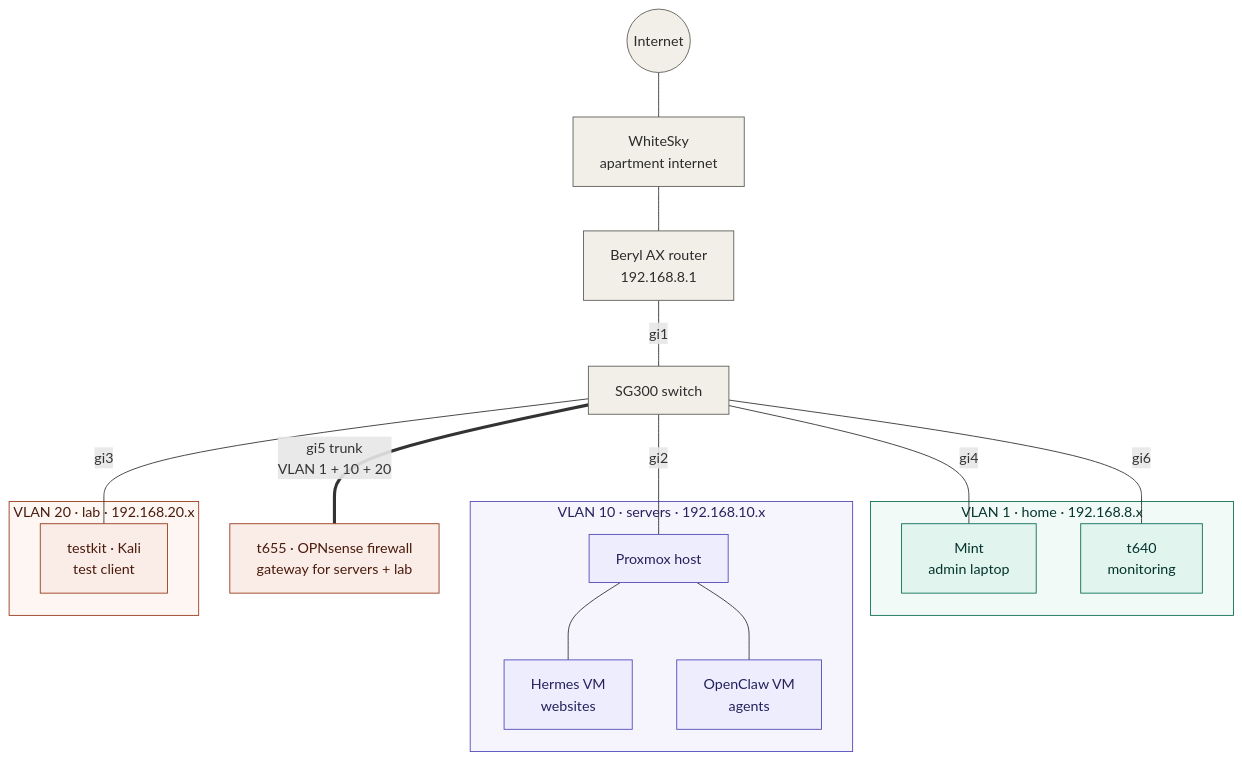
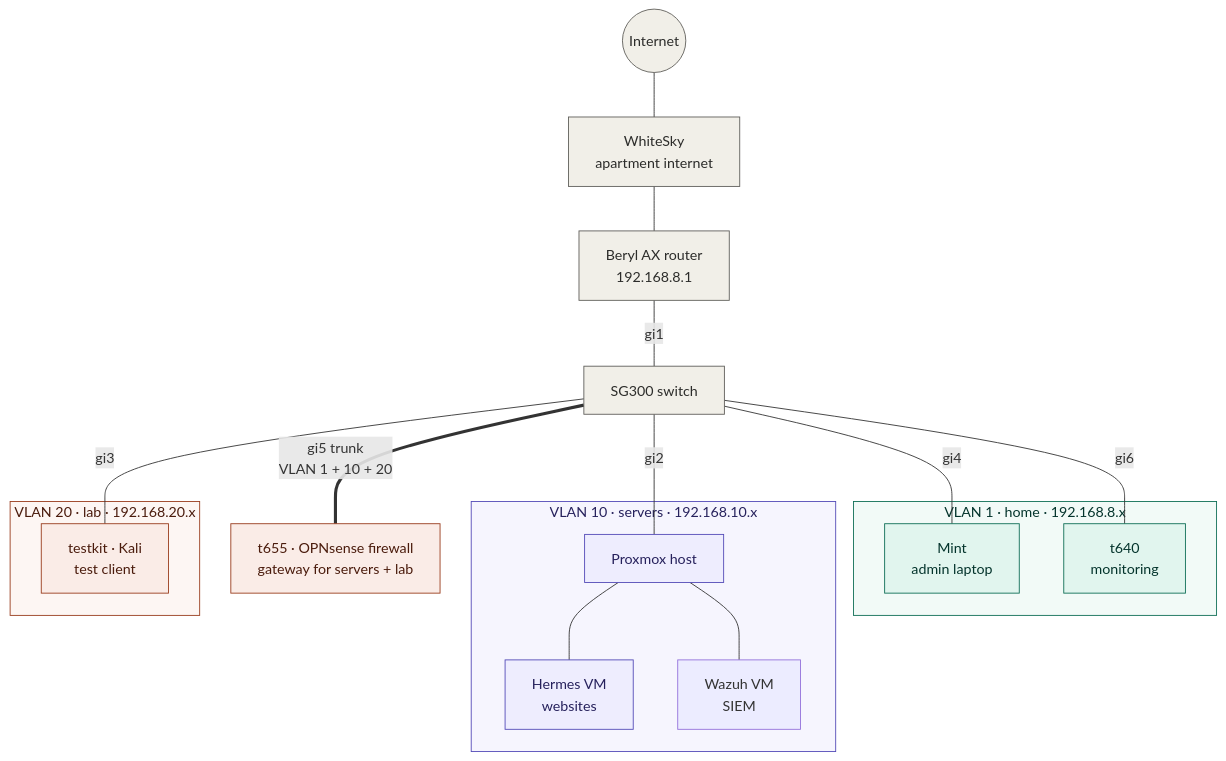
Before and after one commit to gibbsthedev/homelab: the first of 4 diagrams in README.md, drawn with Mermaid. The commit also changed other lines of this file, not shown here.

````diff
--- a/README.md
+++ b/README.md
@@ -28,46 +28,46 @@
 ```mermaid
 flowchart TB
     internet(("Internet"))
     isp["WhiteSky<br/>apartment internet"]
     beryl["Beryl AX router<br/>192.168.8.1"]
     sw["SG300 switch"]
     fw["t655 · OPNsense firewall<br/>gateway for servers + lab"]
 
     internet --- isp --- beryl
     beryl ---|"gi1"| sw
 
     subgraph v1["VLAN 1 · home · 192.168.8.x"]
         mint["Mint<br/>admin laptop"]
         mon["t640<br/>monitoring"]
     end
 
     subgraph v10["VLAN 10 · servers · 192.168.10.x"]
         pve["Proxmox host"]
         hermes["Hermes VM<br/>websites"]
-        oc["OpenClaw VM<br/>agents"]
+        wz["Wazuh VM<br/>SIEM"]
         pve --- hermes
-        pve --- oc
+        pve --- wz
     end
 
     subgraph v20["VLAN 20 · lab · 192.168.20.x"]
         tk["testkit · Kali<br/>test client"]
     end
 
     sw ---|"gi2"| pve
     sw ---|"gi4"| mint
     sw ---|"gi6"| mon
     sw ===|"gi5 trunk<br/>VLAN 1 + 10 + 20"| fw
     sw ---|"gi3"| tk
 
     classDef lab fill:#FAECE7,stroke:#993C1D,color:#4A1B0C
     classDef home fill:#E1F5EE,stroke:#0F6E56,color:#04342C
     classDef srv fill:#EEEDFE,stroke:#534AB7,color:#26215C
     classDef edge fill:#F1EFE8,stroke:#5F5E5A,color:#2C2C2A
     class tk,fw lab
     class mint,mon home
     class pve,hermes,oc srv
     class internet,isp,beryl,sw edge
     style v20 fill:#FDF6F3,stroke:#993C1D,color:#4A1B0C
     style v1 fill:#F2FAF7,stroke:#0F6E56,color:#04342C
     style v10 fill:#F6F5FE,stroke:#534AB7,color:#26215C
 ```
````
